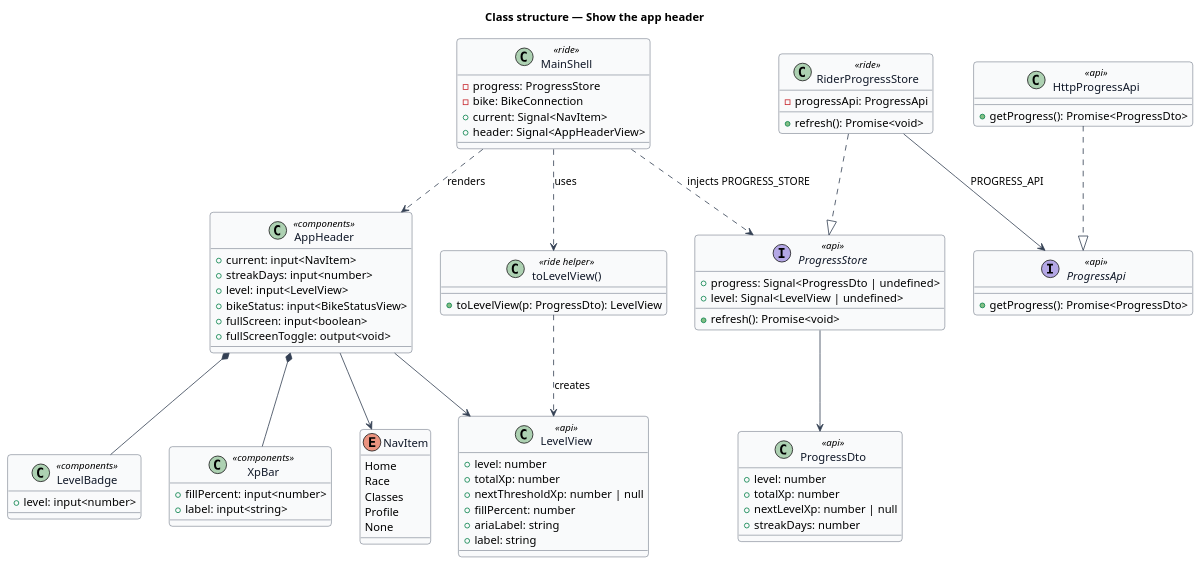
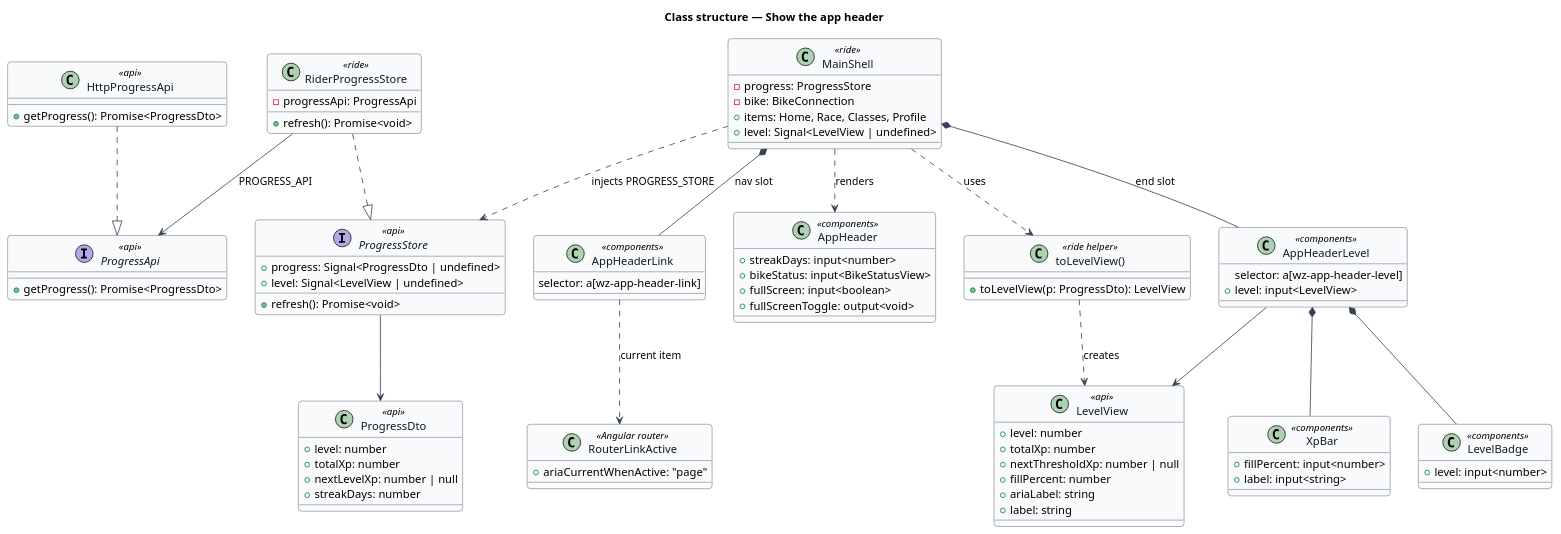
One commit to QuinntyneBrown/ride-one changed the diagram in docs/detailed-designs/home/show-the-app-header/diagrams/class-structure.puml. Above: the diagram before and after it, drawn with PlantUML. The commit also changed 128 other files, not shown here.

```diff
--- a/docs/detailed-designs/home/show-the-app-header/diagrams/class-structure.puml
+++ b/docs/detailed-designs/home/show-the-app-header/diagrams/class-structure.puml
@@ -1,87 +1,90 @@
 @startuml
 ' --- shared skin header ---
 skinparam backgroundColor #FFFFFF
 skinparam shadowing false
 skinparam roundcorner 8
 skinparam defaultFontName Arial
 skinparam ArrowColor #344054
 skinparam class {
   BorderColor #344054
   FontColor #101828
   BackgroundColor #F9FAFB
 }
 ' --------------------------
 title Class structure — Show the app header
-enum NavItem {
-  Home
-  Race
-  Classes
-  Profile
-  None
-}
 class MainShell <<ride>> {
   -progress: ProgressStore
   -bike: BikeConnection
-  +current: Signal<NavItem>
-  +header: Signal<AppHeaderView>
+  +items: Home, Race, Classes, Profile
+  +level: Signal<LevelView | undefined>
 }
 interface ProgressStore <<api>> {
   +progress: Signal<ProgressDto | undefined>
   +level: Signal<LevelView | undefined>
   +refresh(): Promise<void>
 }
 class RiderProgressStore <<ride>> {
   -progressApi: ProgressApi
   +refresh(): Promise<void>
 }
 interface ProgressApi <<api>> {
   +getProgress(): Promise<ProgressDto>
 }
 class HttpProgressApi <<api>> {
   +getProgress(): Promise<ProgressDto>
 }
+class AppHeaderLink <<components>> {
+  selector: a[wz-app-header-link]
+}
+class AppHeaderLevel <<components>> {
+  selector: a[wz-app-header-level]
+  +level: input<LevelView>
+}
+class RouterLinkActive <<Angular router>> {
+  +ariaCurrentWhenActive: "page"
+}
 class AppHeader <<components>> {
-  +current: input<NavItem>
   +streakDays: input<number>
-  +level: input<LevelView>
   +bikeStatus: input<BikeStatusView>
   +fullScreen: input<boolean>
   +fullScreenToggle: output<void>
 }
 class LevelView <<api>> {
   +level: number
   +totalXp: number
   +nextThresholdXp: number | null
   +fillPercent: number
   +ariaLabel: string
   +label: string
 }
 class ProgressDto <<api>> {
   +level: number
   +totalXp: number
   +nextLevelXp: number | null
   +streakDays: number
 }
 class LevelBadge <<components>> {
   +level: input<number>
 }
 class XpBar <<components>> {
   +fillPercent: input<number>
   +label: input<string>
 }
 class "toLevelView()" as toLevelView <<ride helper>> {
   +toLevelView(p: ProgressDto): LevelView
 }
 MainShell ..> ProgressStore : injects PROGRESS_STORE
 MainShell ..> AppHeader : renders
 MainShell ..> toLevelView : uses
 RiderProgressStore ..|> ProgressStore
 HttpProgressApi ..|> ProgressApi
 RiderProgressStore --> ProgressApi : PROGRESS_API
 ProgressStore --> ProgressDto
-AppHeader *-- LevelBadge
-AppHeader *-- XpBar
-AppHeader --> NavItem
-AppHeader --> LevelView
+MainShell *-- AppHeaderLink : nav slot
+MainShell *-- AppHeaderLevel : end slot
+AppHeaderLink ..> RouterLinkActive : current item
+AppHeaderLevel *-- LevelBadge
+AppHeaderLevel *-- XpBar
+AppHeaderLevel --> LevelView
 toLevelView ..> LevelView : creates
 @enduml
```
